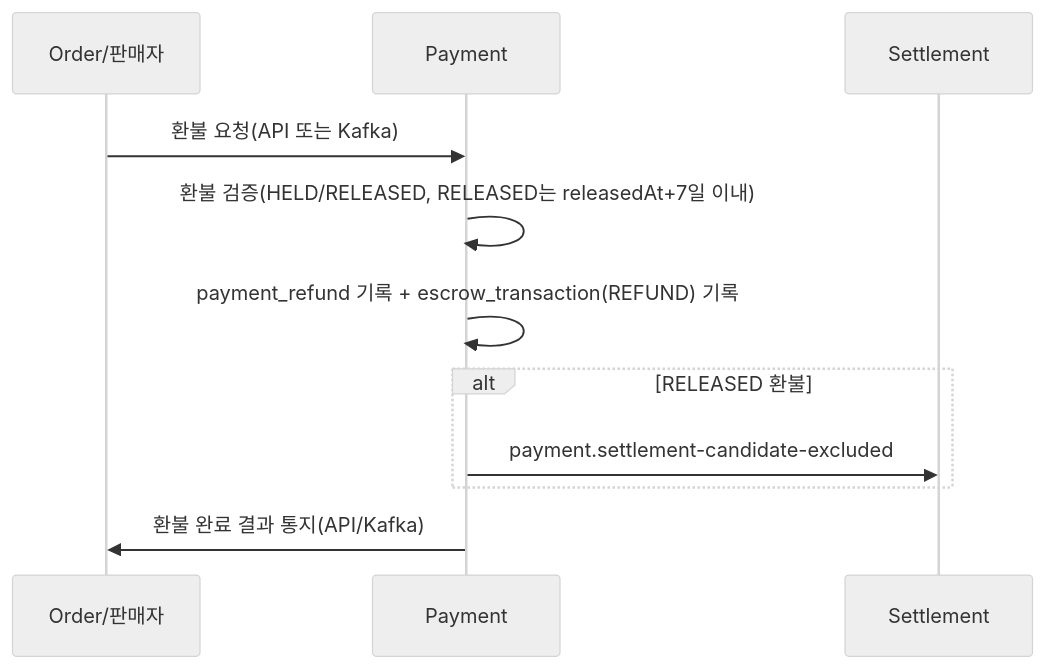
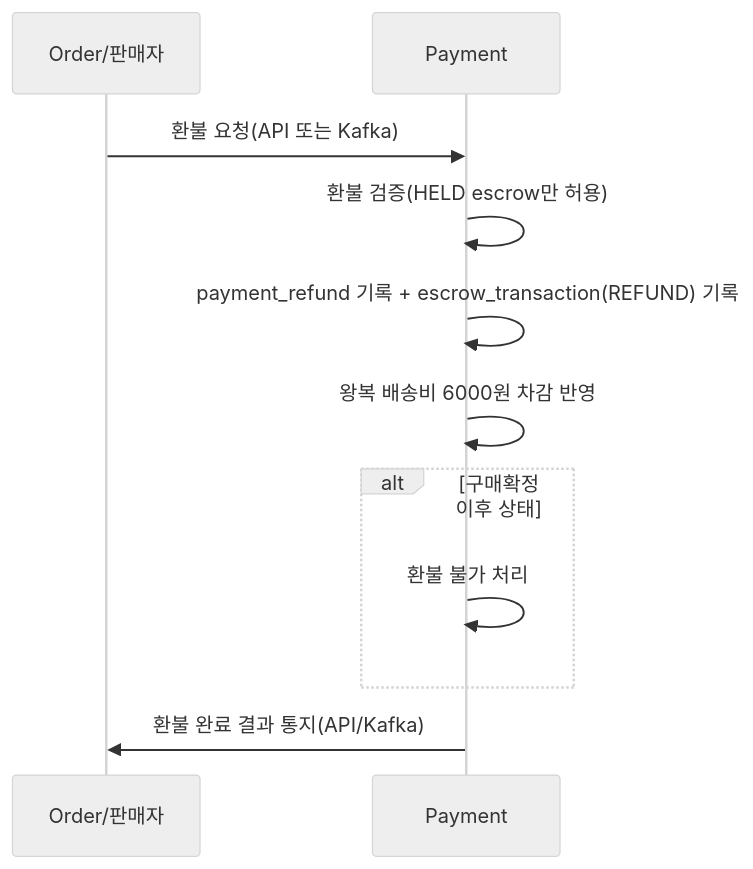
One commit to sihoney/GoodsMall_BE changed the second of 2 diagrams in payment/docs/결제_정산환불_흐름_가이드.md. Above: the diagram before and after it, drawn with Mermaid (neutral theme). The commit also changed other lines of this file and 1 other file, not shown here.

First line of the commit message:
docs: payment 문서를 현재 환불 정책 기준으로 정리

````diff
--- a/payment/docs/결제_정산환불_흐름_가이드.md
+++ b/payment/docs/결제_정산환불_흐름_가이드.md
@@ -43,14 +42,14 @@
 ```mermaid
 sequenceDiagram
     participant O as Order/판매자
     participant P as Payment
-    participant S as Settlement
 
     O->>P: 환불 요청(API 또는 Kafka)
-    P->>P: 환불 검증(HELD/RELEASED, RELEASED는 releasedAt+7일 이내)
+    P->>P: 환불 검증(HELD escrow만 허용)
     P->>P: payment_refund 기록 + escrow_transaction(REFUND) 기록
-    alt RELEASED 환불
-        P->>S: payment.settlement-candidate-excluded
+    P->>P: 왕복 배송비 6000원 차감 반영
+    alt 구매확정 이후 상태
+        P->>P: 환불 불가 처리
     end
     P->>O: 환불 완료 결과 통지(API/Kafka)
 ```
````
